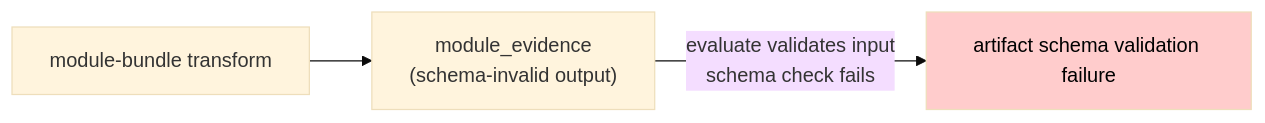
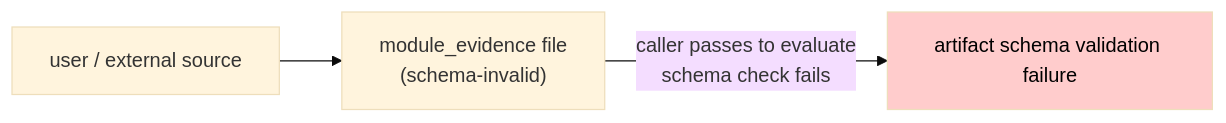
The sixth of 8 diagrams in docs/artifact-stage-contract.md (tooppoo/testography), drawn with Mermaid (base theme) before and after one commit. The commit also changed other lines of this file, not shown here.

First line of the commit message:
Disambiguate schema validation failure from component-produced failure

````diff
--- a/docs/artifact-stage-contract.md
+++ b/docs/artifact-stage-contract.md
@@ -150,6 +150,6 @@
 ```mermaid
 flowchart LR
-    transform["module-bundle transform"] --> me["module_evidence\n(schema-invalid output)"]
-    me -->|"evaluate validates input\nschema check fails"| err["artifact schema validation failure"]
+    user["user / external source"] --> file["module_evidence file\n(schema-invalid)"]
+    file -->|"caller passes to evaluate\nschema check fails"| err["artifact schema validation failure"]
     style err fill:#fcc,color:#000
 ```
````
